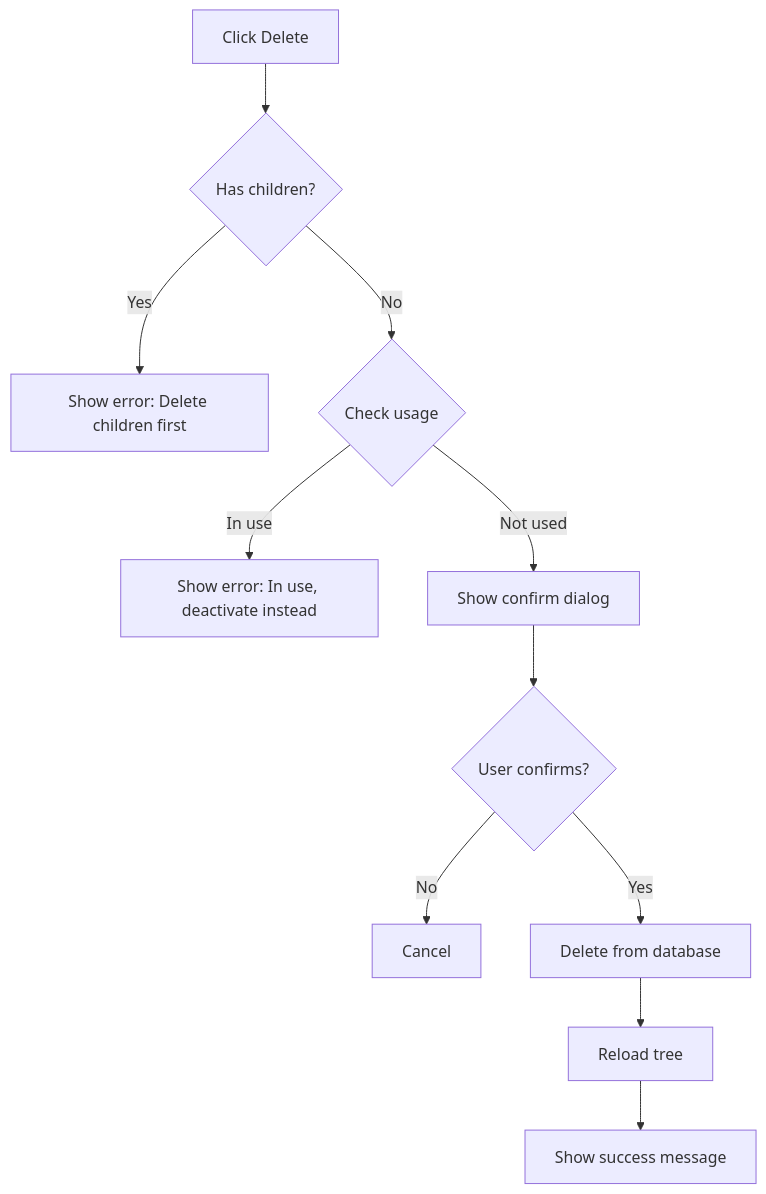
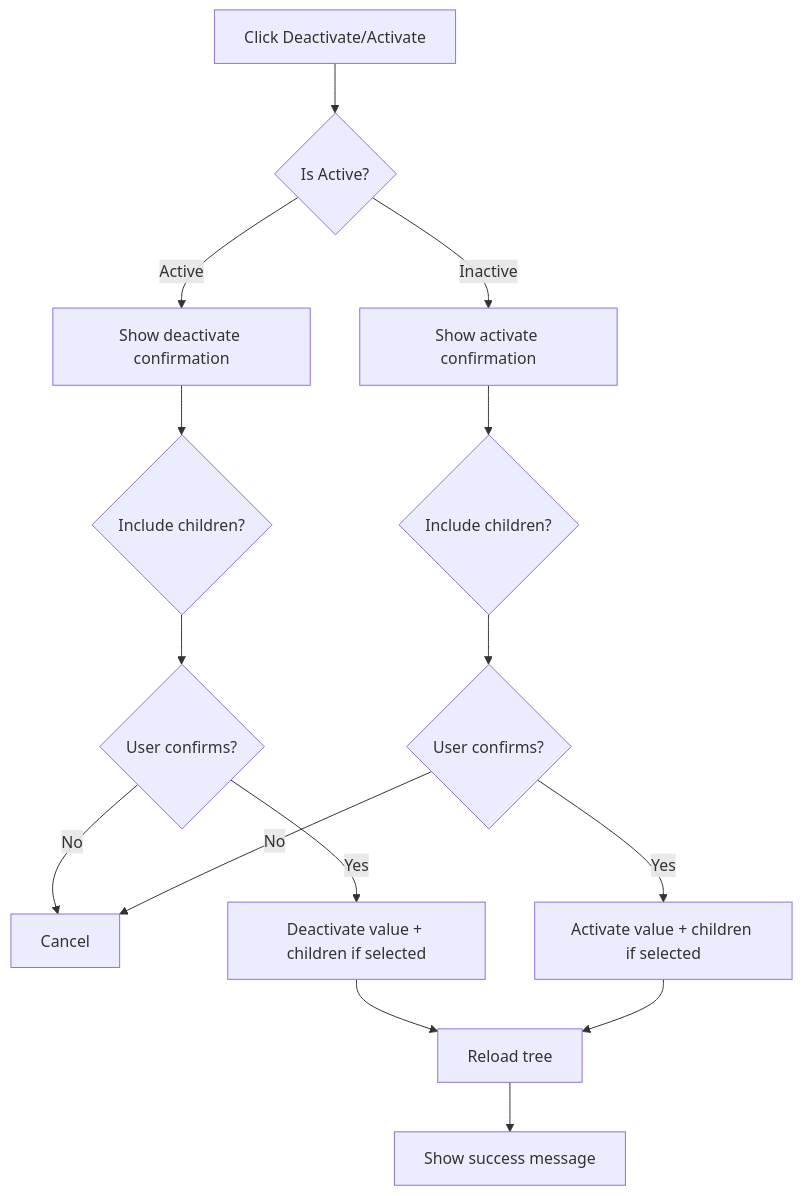
Before and after one commit to devsongnhan/Bflow-Doc: the fourth of 4 diagrams in BFDocs/Finance/Dimension/2_ThietKe/2_DimensionValues_Design.md, drawn with Mermaid. The commit also changed other lines of this file and 9 other files, not shown here.

````diff
--- a/BFDocs/Finance/Dimension/2_ThietKe/2_DimensionValues_Design.md
+++ b/BFDocs/Finance/Dimension/2_ThietKe/2_DimensionValues_Design.md
@@ -363,13 +352,17 @@
 ```mermaid
 flowchart TD
-    A[Click Delete] --> B{Has children?}
-    B -->|Yes| C[Show error: Delete children first]
-    B -->|No| D{Check usage}
-    D -->|In use| E[Show error: In use, deactivate instead]
-    D -->|Not used| F[Show confirm dialog]
-    F --> G{User confirms?}
-    G -->|No| H[Cancel]
-    G -->|Yes| I[Delete from database]
-    I --> J[Reload tree]
-    J --> K[Show success message]
+    A[Click Deactivate/Activate] --> B{Is Active?}
+    B -->|Active| C[Show deactivate confirmation]
+    B -->|Inactive| D[Show activate confirmation]
+    C --> E{Include children?}
+    D --> F{Include children?}
+    E --> G{User confirms?}
+    F --> H{User confirms?}
+    G -->|No| I[Cancel]
+    H -->|No| I
+    G -->|Yes| J[Deactivate value + children if selected]
+    H -->|Yes| K[Activate value + children if selected]
+    J --> L[Reload tree]
+    K --> L
+    L --> M[Show success message]
 ```
````
